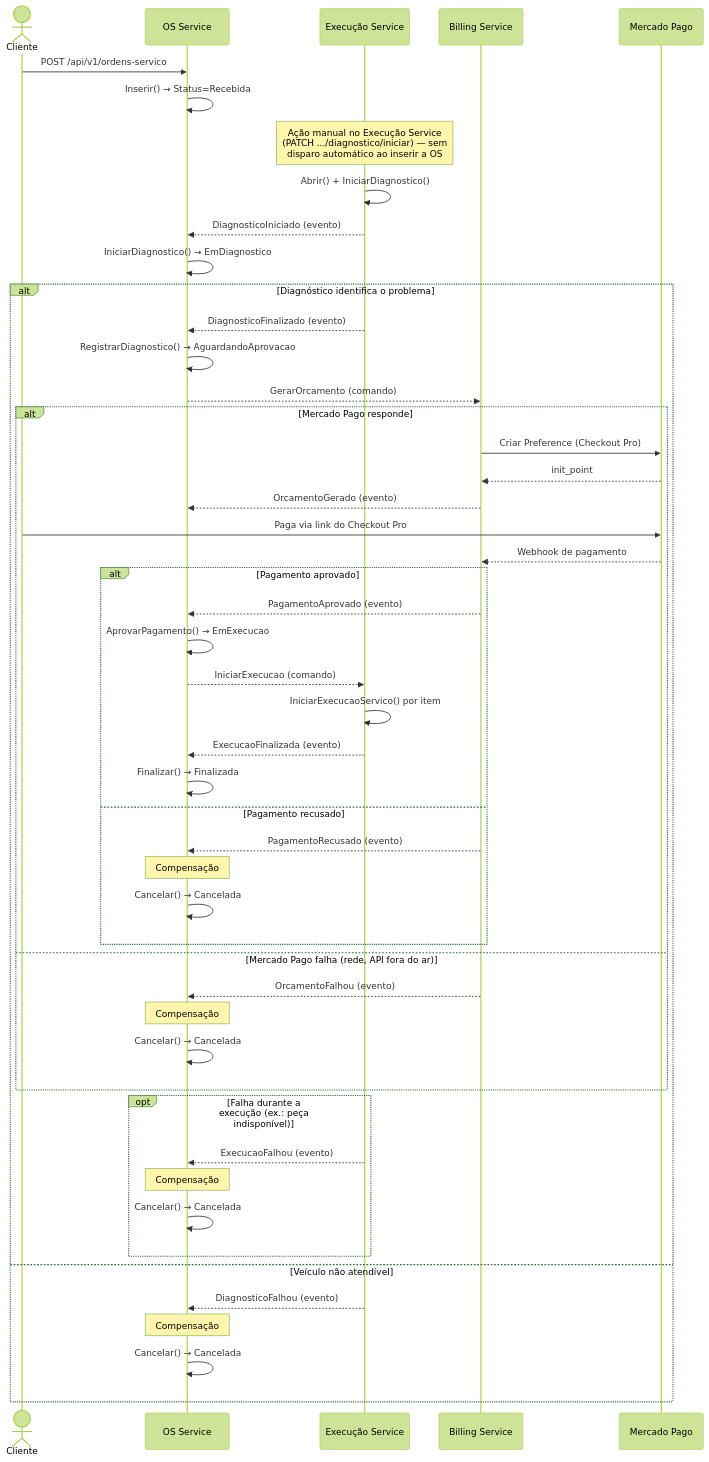
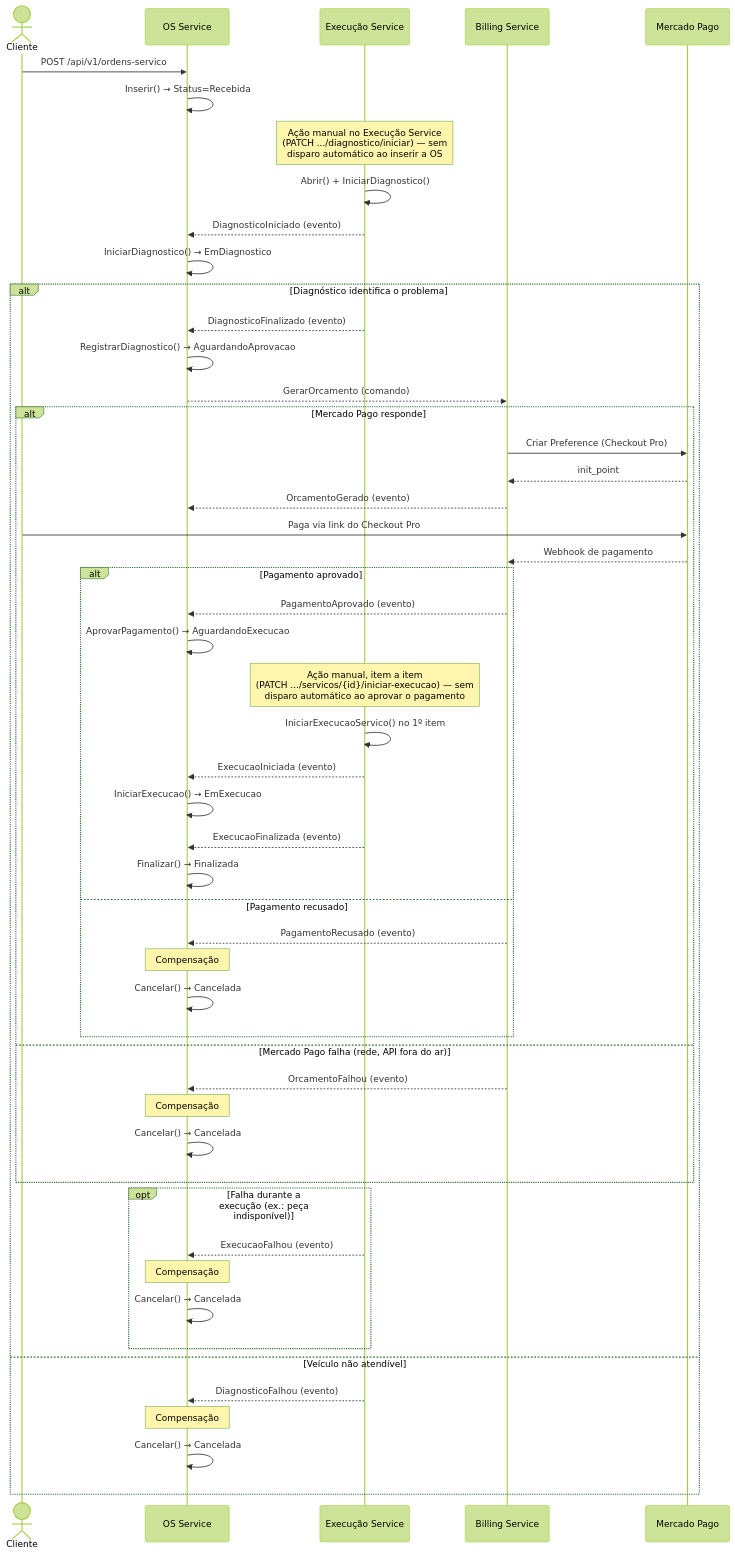
Before and after one commit to monnclaro/soat-tech-challenge-os-service: the fourth of 4 diagrams in docs/architecture.md, drawn with Mermaid (forest theme). The commit also changed other lines of this file and 24 other files, not shown here.

First line of the commit message:
fix: iniciar execucao sempre manual, nunca por comando automatico

````diff
--- a/docs/architecture.md
+++ b/docs/architecture.md
@@ -89,56 +92,58 @@
 ```mermaid
 sequenceDiagram
     actor Cliente
     participant OS as OS Service
     participant Exec as Execução Service
     participant Bill as Billing Service
     participant MP as Mercado Pago
 
     Cliente->>OS: POST /api/v1/ordens-servico
     OS->>OS: Inserir() → Status=Recebida
     Note over Exec: Ação manual no Execução Service<br/>(PATCH .../diagnostico/iniciar) — sem<br/>disparo automático ao inserir a OS
     Exec->>Exec: Abrir() + IniciarDiagnostico()
     Exec-->>OS: DiagnosticoIniciado (evento)
     OS->>OS: IniciarDiagnostico() → EmDiagnostico
 
     alt Diagnóstico identifica o problema
         Exec-->>OS: DiagnosticoFinalizado (evento)
         OS->>OS: RegistrarDiagnostico() → AguardandoAprovacao
         OS-->>Bill: GerarOrcamento (comando)
 
         alt Mercado Pago responde
             Bill->>MP: Criar Preference (Checkout Pro)
             MP-->>Bill: init_point
             Bill-->>OS: OrcamentoGerado (evento)
             Cliente->>MP: Paga via link do Checkout Pro
             MP-->>Bill: Webhook de pagamento
 
             alt Pagamento aprovado
                 Bill-->>OS: PagamentoAprovado (evento)
-                OS->>OS: AprovarPagamento() → EmExecucao
-                OS-->>Exec: IniciarExecucao (comando)
-                Exec->>Exec: IniciarExecucaoServico() por item
+                OS->>OS: AprovarPagamento() → AguardandoExecucao
+                Note over Exec: Ação manual, item a item<br/>(PATCH .../servicos/{id}/iniciar-execucao) — sem<br/>disparo automático ao aprovar o pagamento
+                Exec->>Exec: IniciarExecucaoServico() no 1º item
+                Exec-->>OS: ExecucaoIniciada (evento)
+                OS->>OS: IniciarExecucao() → EmExecucao
                 Exec-->>OS: ExecucaoFinalizada (evento)
                 OS->>OS: Finalizar() → Finalizada
             else Pagamento recusado
                 Bill-->>OS: PagamentoRecusado (evento)
                 Note over OS: Compensação
                 OS->>OS: Cancelar() → Cancelada
             end
         else Mercado Pago falha (rede, API fora do ar)
             Bill-->>OS: OrcamentoFalhou (evento)
             Note over OS: Compensação
             OS->>OS: Cancelar() → Cancelada
         end
 
         opt Falha durante a execução (ex.: peça indisponível)
             Exec-->>OS: ExecucaoFalhou (evento)
             Note over OS: Compensação
             OS->>OS: Cancelar() → Cancelada
         end
     else Veículo não atendível
         Exec-->>OS: DiagnosticoFalhou (evento)
         Note over OS: Compensação
         OS->>OS: Cancelar() → Cancelada
     end
 ```
````
